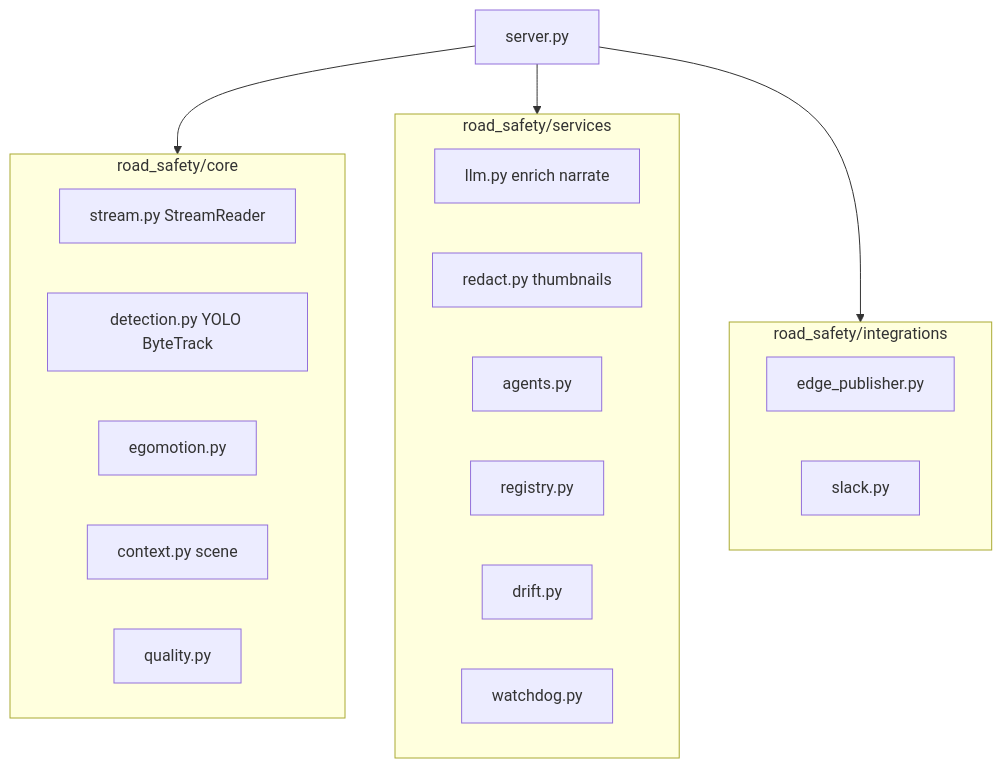
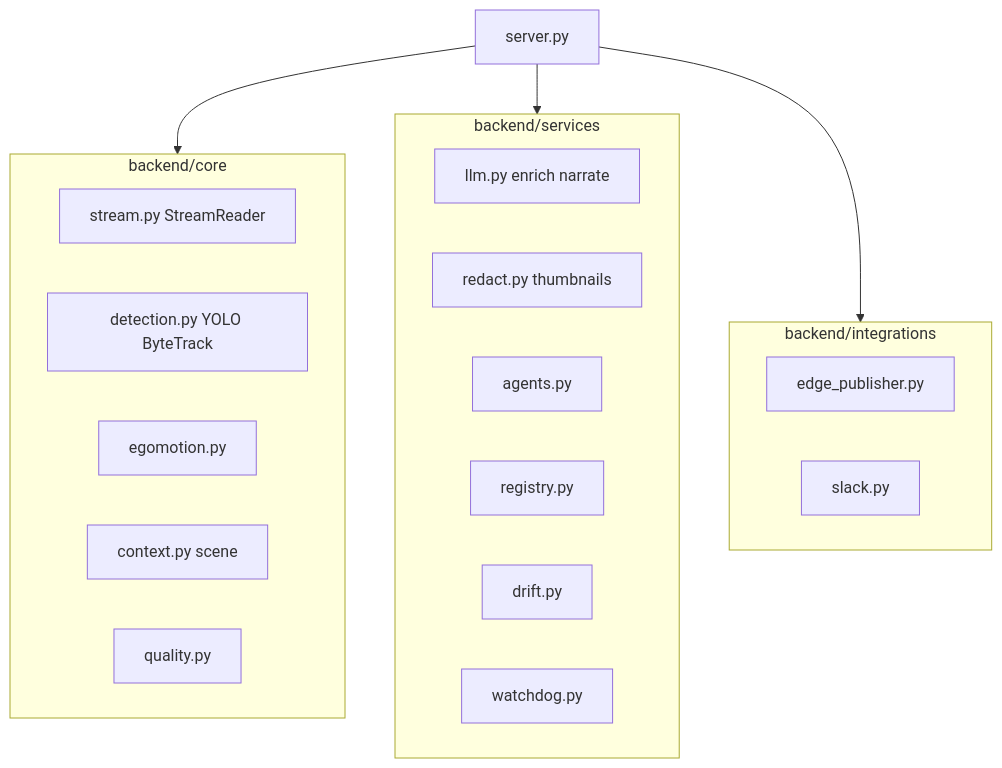
The third of 3 diagrams in docs/backend-infrastructure.md (Androkzn/road-camera-safety-monitoring), drawn with Mermaid before and after one commit. The commit also changed other lines of this file and 119 other files, not shown here.

````diff
--- a/docs/backend-infrastructure.md
+++ b/docs/backend-infrastructure.md
@@ -86,25 +86,25 @@
 ```mermaid
 flowchart TB
-  subgraph core["road_safety/core"]
+  subgraph core["backend/core"]
     stream[stream.py StreamReader]
     det[detection.py YOLO ByteTrack]
     ego[egomotion.py]
     ctx[context.py scene]
     qual[quality.py]
   end
-  subgraph services["road_safety/services"]
+  subgraph services["backend/services"]
     llm[llm.py enrich narrate]
     red[redact.py thumbnails]
     agents[agents.py]
     reg[registry.py]
     drift[drift.py]
     wd[watchdog.py]
   end
-  subgraph integ["road_safety/integrations"]
+  subgraph integ["backend/integrations"]
     edge[edge_publisher.py]
     slack[slack.py]
   end
   server[server.py] --> core
   server --> services
   server --> integ
 ```
````
